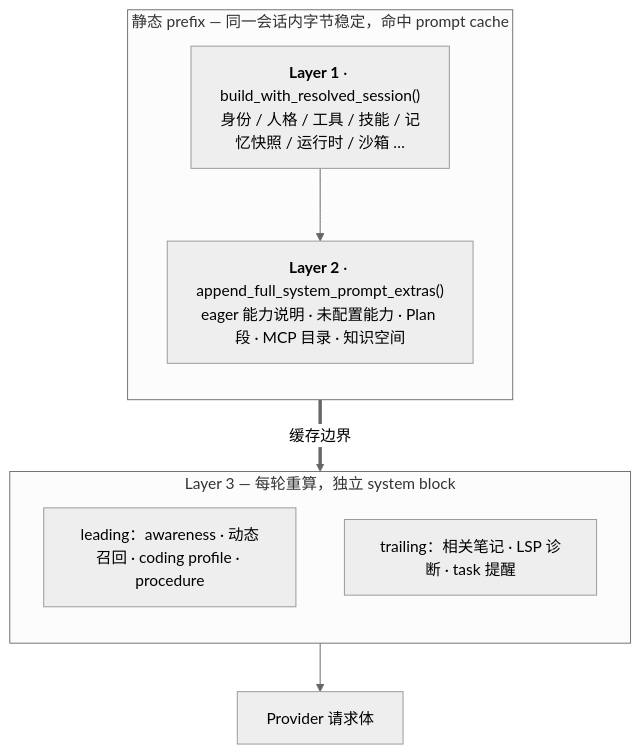
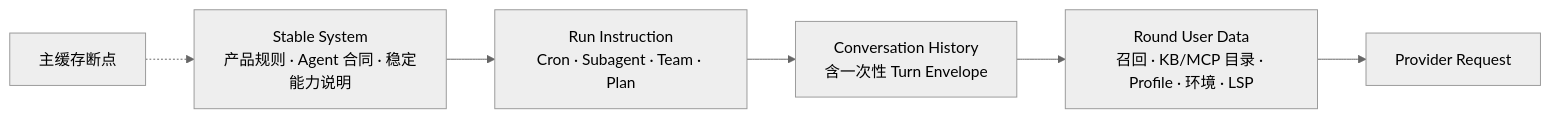
The first of 4 diagrams in docs/architecture/core/prompt-system.md (shiwenwen/hope-agent), drawn with Mermaid (neutral theme) before and after one commit. The commit also changed other lines of this file and 196 other files, not shown here.

````diff
--- a/docs/architecture/core/prompt-system.md
+++ b/docs/architecture/core/prompt-system.md
@@ -56,16 +61,8 @@
 ```mermaid
-flowchart TB
-    subgraph PREFIX["静态 prefix — 同一会话内字节稳定，命中 prompt cache"]
-        direction TB
-        L1["<b>Layer 1</b> · build_with_resolved_session()<br/>身份 / 人格 / 工具 / 技能 / 记忆快照 / 运行时 / 沙箱 …"]
-        L2["<b>Layer 2</b> · append_full_system_prompt_extras()<br/>eager 能力说明 · 未配置能力 · Plan 段 · MCP 目录 · 知识空间"]
-        L1 --> L2
-    end
-    subgraph SUFFIX["Layer 3 — 每轮重算，独立 system block"]
-        direction TB
-        LEAD["leading：awareness · 动态召回 · coding profile · procedure"]
-        TRAIL["trailing：相关笔记 · LSP 诊断 · task 提醒"]
-    end
-    PREFIX == 缓存边界 ==> SUFFIX
-    SUFFIX --> API["Provider 请求体"]
+flowchart LR
+    STABLE["Stable System<br/>产品规则 · Agent 合同 · 稳定能力说明"] --> RUN["Run Instruction<br/>Cron · Subagent · Team · Plan"]
+    RUN --> HISTORY["Conversation History<br/>含一次性 Turn Envelope"]
+    HISTORY --> DATA["Round User Data<br/>召回 · KB/MCP 目录 · Profile · 环境 · LSP"]
+    DATA --> API["Provider Request"]
+    CACHE["主缓存断点"] -.-> STABLE
 ```
````
